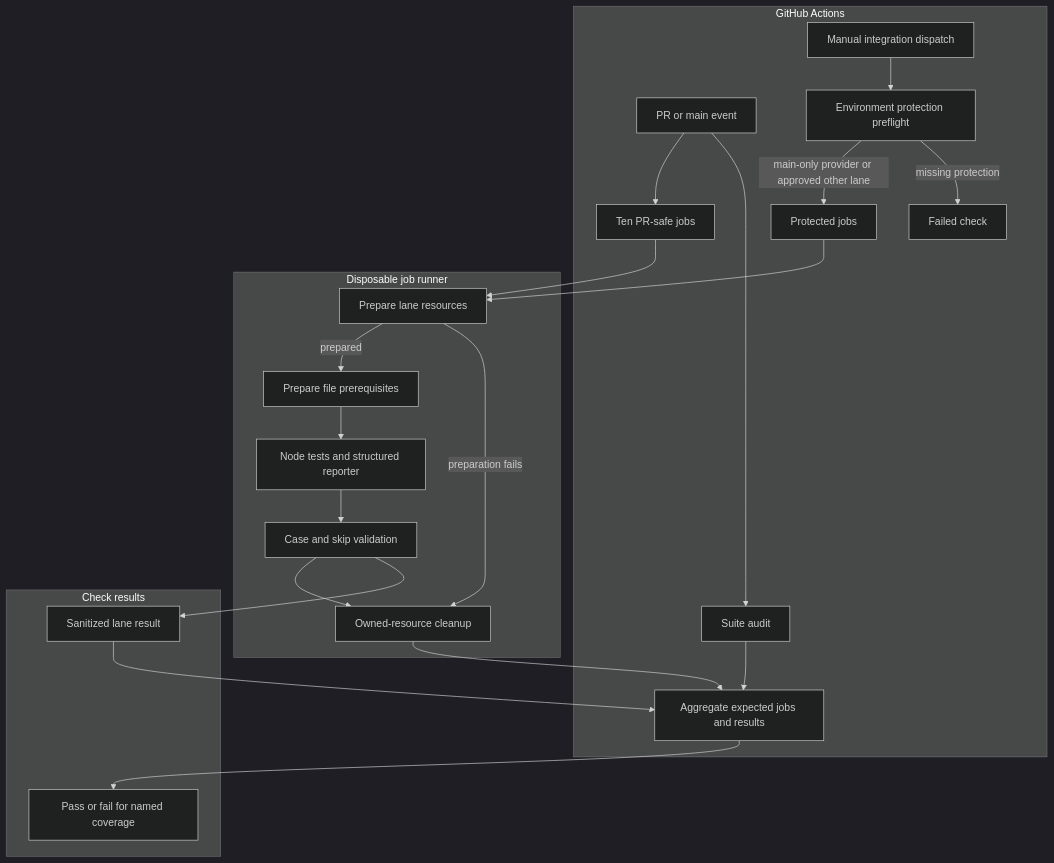
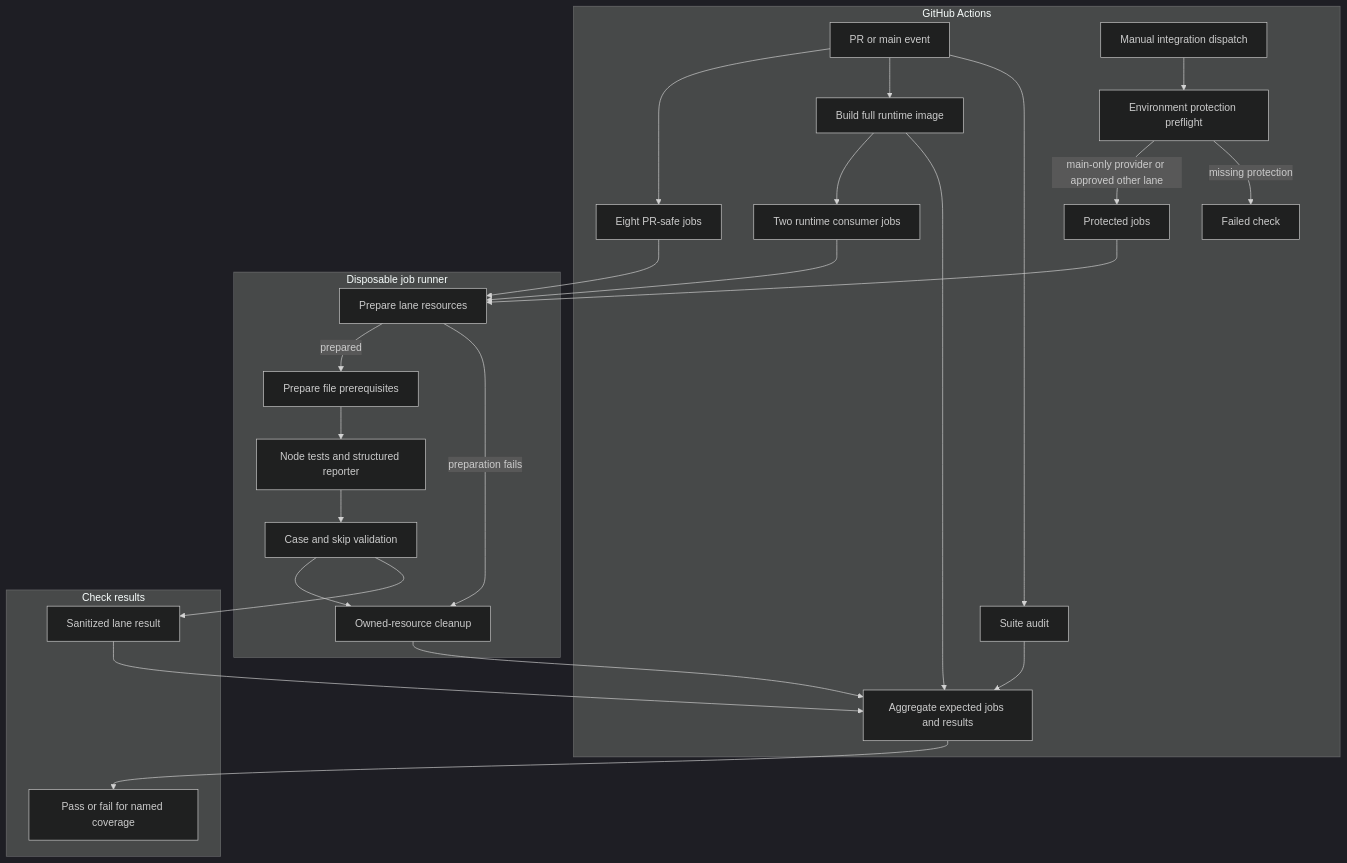
Before and after one commit to openclaw/openclaw-enterprise: the diagram in docs/flows/github-actions-testing.md, drawn with Mermaid (dark theme). The commit also changed other lines of this file and 8 other files, not shown here.

Commit message:
ci: share the full runtime build across image consumers

````diff
--- a/docs/flows/github-actions-testing.md
+++ b/docs/flows/github-actions-testing.md
@@ -21,26 +21,30 @@
 ```mermaid
 graph TD
   subgraph Actions["GitHub Actions"]
-    A["PR or main event"] --> B["Ten PR-safe jobs"]
+    A["PR or main event"] --> B["Eight PR-safe jobs"]
+    A --> R["Build full runtime image"]
+    R --> S["Two runtime consumer jobs"]
+    R --> L
     A --> N["Suite audit"]
     N --> L
     C["Manual integration dispatch"] --> D["Environment protection preflight"]
     D -->|main-only provider or approved other lane| E["Protected jobs"]
     D -->|missing protection| X["Failed check"]
   end
   subgraph Runner["Disposable job runner"]
     B --> F["Prepare lane resources"]
+    S --> F
     E --> F
     F -->|prepared| G["Prepare file prerequisites"]
     G --> H["Node tests and structured reporter"]
     H --> I["Case and skip validation"]
     F -->|preparation fails| J["Owned-resource cleanup"]
     I --> J
   end
   subgraph Results["Check results"]
     I --> K["Sanitized lane result"]
     J --> L["Aggregate expected jobs and results"]
     K --> L
     L --> M["Pass or fail for named coverage"]
   end
 ```
````
